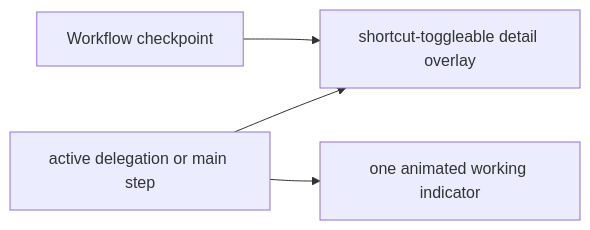
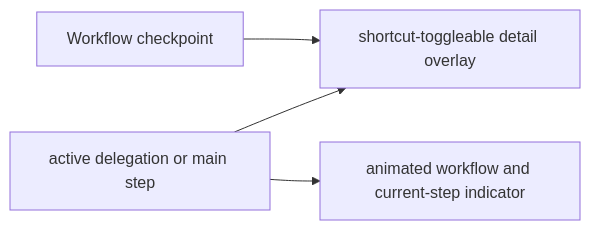
Before and after one commit to wichayutdew/pi-workflows: the fifth of 8 diagrams in openwiki/architecture/runtime-lifecycle.md, drawn with Mermaid. The commit also changed other lines of this file and 180 other files, not shown here.

````diff
--- a/openwiki/architecture/runtime-lifecycle.md
+++ b/openwiki/architecture/runtime-lifecycle.md
@@ -187,6 +188,6 @@
 ```mermaid
 flowchart LR
   Run[Workflow checkpoint] --> Board[shortcut-toggleable detail overlay]
   Active[active delegation or main step] --> Board
-  Active --> Footer[one animated working indicator]
+  Active --> Footer[animated workflow and current-step indicator]
 ```
````
